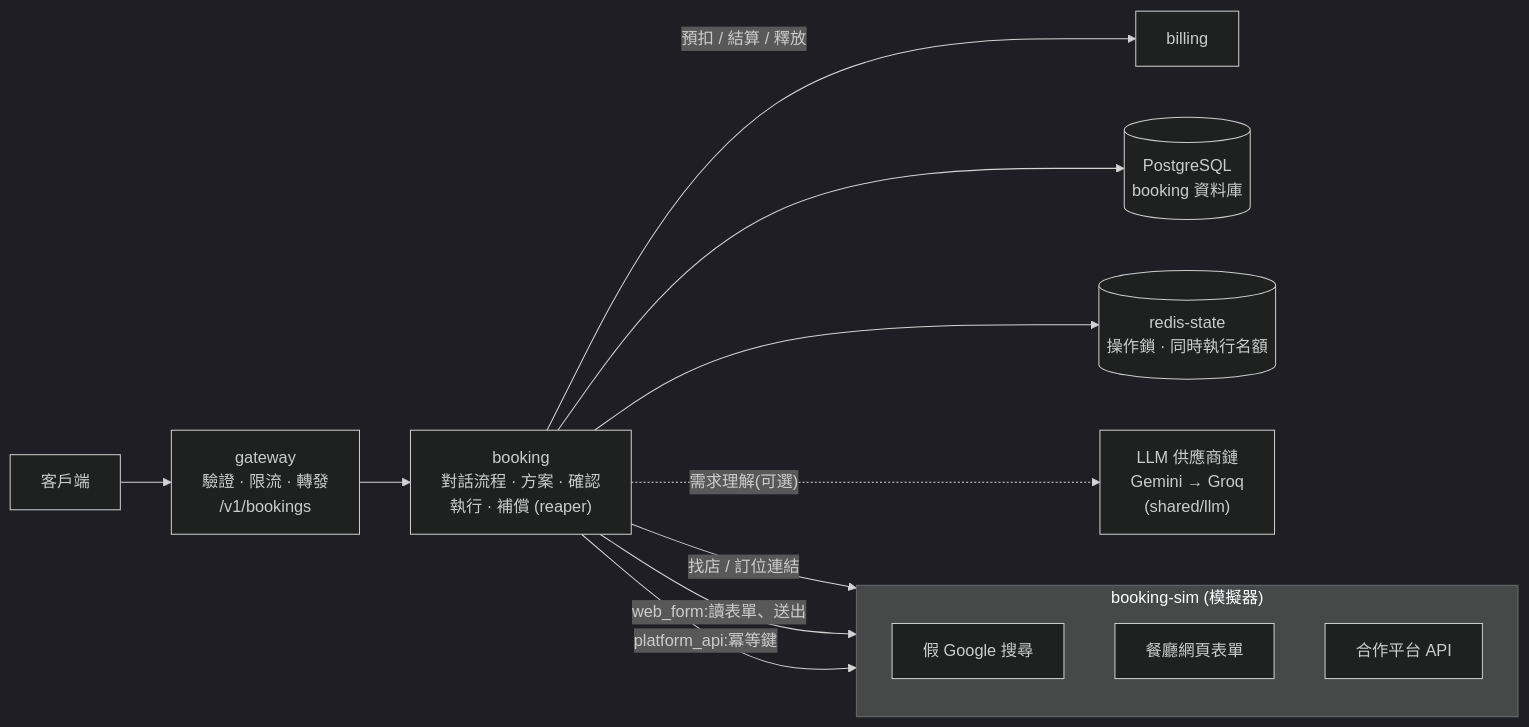
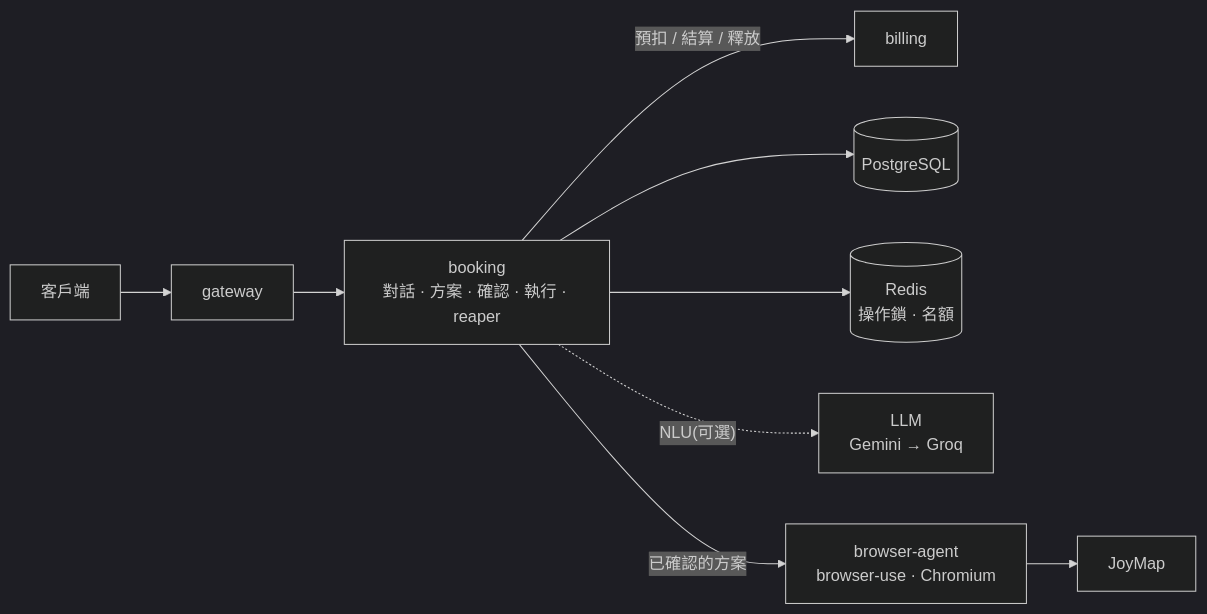
The first of 2 diagrams in docs/booking/DECISIONS.md (MTsung/heph-ai-homework), drawn with Mermaid (dark theme) before and after one commit. The commit also changed other lines of this file and 181 other files, not shown here.

````diff
--- a/docs/booking/DECISIONS.md
+++ b/docs/booking/DECISIONS.md
@@ -42,17 +23,11 @@
 ```mermaid
 flowchart LR
-  APP["客戶端"] --> GW["gateway<br/>驗證 · 限流 · 轉發<br/>/v1/bookings"]
-  GW --> BK["booking<br/>對話流程 · 方案 · 確認<br/>執行 · 補償 (reaper)"]
+  APP["客戶端"] --> GW["gateway"]
+  GW --> BK["booking<br/>對話 · 方案 · 確認 · 執行 · reaper"]
   BK -- "預扣 / 結算 / 釋放" --> BILL["billing"]
-  BK --> PG[("PostgreSQL<br/>booking 資料庫")]
-  BK --> RS[("redis-state<br/>操作鎖 · 同時執行名額")]
-  BK -. "需求理解(可選)" .-> LLM["LLM 供應商鏈<br/>Gemini → Groq<br/>(shared/llm)"]
-  BK -- "找店 / 訂位連結" --> SIM
-  BK -- "web_form:讀表單、送出" --> SIM
-  BK -- "platform_api:冪等鍵" --> SIM
-  subgraph SIM["booking-sim (模擬器)"]
-    S1["假 Google 搜尋"]
-    S2["餐廳網頁表單"]
-    S3["合作平台 API"]
-  end
+  BK --> PG[("PostgreSQL")]
+  BK --> RS[("Redis<br/>操作鎖 · 名額")]
+  BK -. "NLU(可選)" .-> LLM["LLM<br/>Gemini → Groq"]
+  BK -- "已確認的方案" --> BA["browser-agent<br/>browser-use · Chromium"]
+  BA --> JM["JoyMap"]
 ```
````
